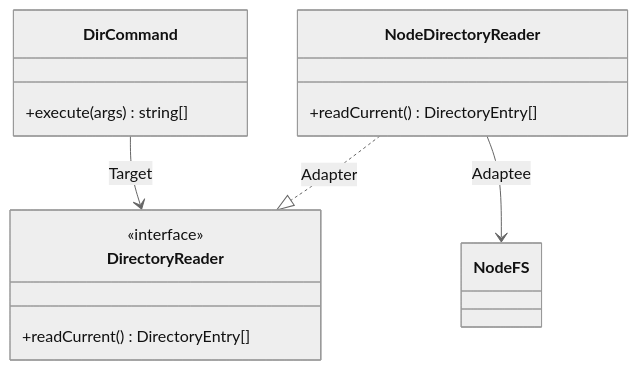
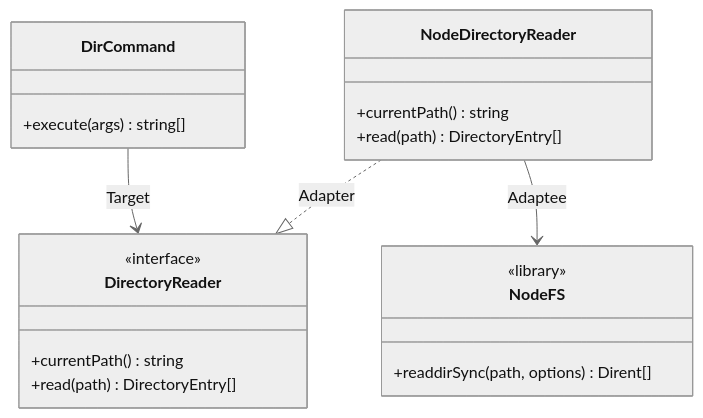
One commit to Nianle-Li/soft-design-proj changed the fourth of 5 diagrams in doc/README.md. Above: the diagram before and after it, drawn with Mermaid (neutral theme). The commit also changed other lines of this file and 19 other files, not shown here.

````diff
--- a/doc/README.md
+++ b/doc/README.md
@@ -156,16 +164,22 @@
 ```mermaid
 classDiagram
     class DirCommand {
       +execute(args) string[]
     }
     class DirectoryReader {
       <<interface>>
-      +readCurrent() DirectoryEntry[]
+      +currentPath() string
+      +read(path) DirectoryEntry[]
     }
     class NodeDirectoryReader {
-      +readCurrent() DirectoryEntry[]
+      +currentPath() string
+      +read(path) DirectoryEntry[]
+    }
+    class NodeFS {
+      <<library>>
+      +readdirSync(path, options) Dirent[]
     }
     DirCommand --> DirectoryReader : Target
     NodeDirectoryReader ..|> DirectoryReader : Adapter
     NodeDirectoryReader --> NodeFS : Adaptee
 ```
````
